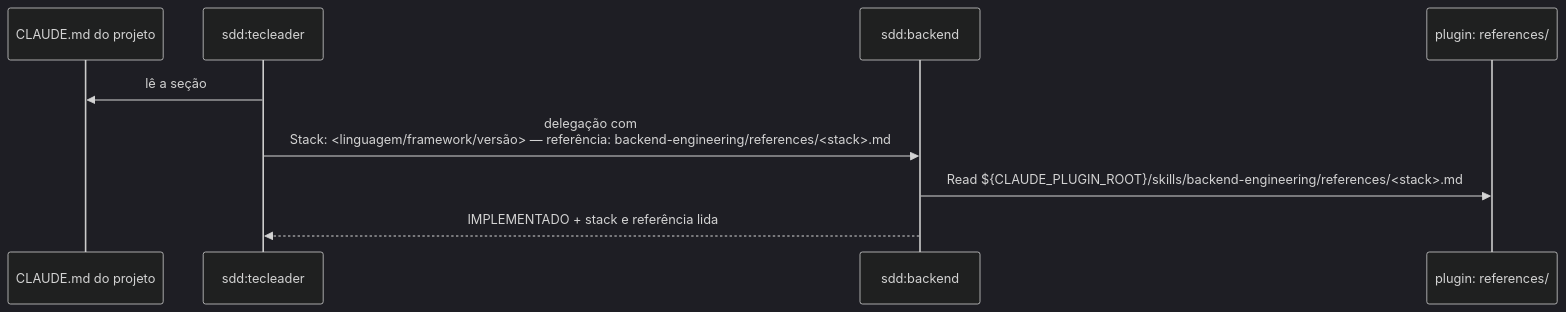
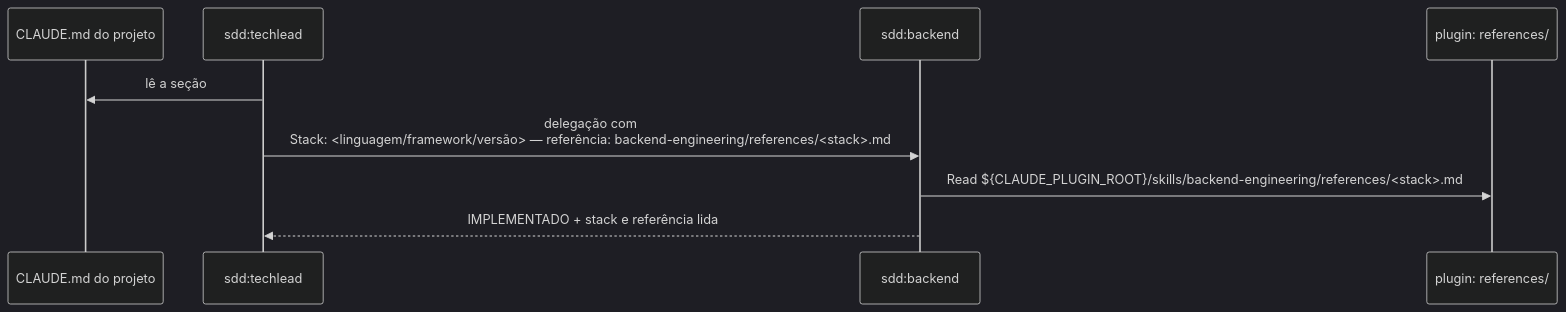
The sixth of 9 diagrams in docs/arquitetura.md (powerlok/claude-sdd-framework), drawn with Mermaid (dark theme) before and after one commit. The commit also changed other lines of this file and 37 other files, not shown here.

First line of the commit message:
sdd 0.8.0: renomear o agente sdd:tecleader para sdd:techlead (mudança incompatível)

````diff
--- a/docs/arquitetura.md
+++ b/docs/arquitetura.md
@@ -270,12 +270,12 @@
 ```mermaid
 sequenceDiagram
     participant CM as CLAUDE.md do projeto
-    participant TL as sdd:tecleader
+    participant TL as sdd:techlead
     participant BE as sdd:backend
     participant RF as plugin: references/
 
     TL->>CM: lê a seção ## Stack
     TL->>BE: delegação com<br/>Stack: <linguagem/framework/versão> — referência: backend-engineering/references/<stack>.md
     BE->>RF: Read ${CLAUDE_PLUGIN_ROOT}/skills/backend-engineering/references/<stack>.md
     BE-->>TL: IMPLEMENTADO + stack e referência lida
 ```
````
